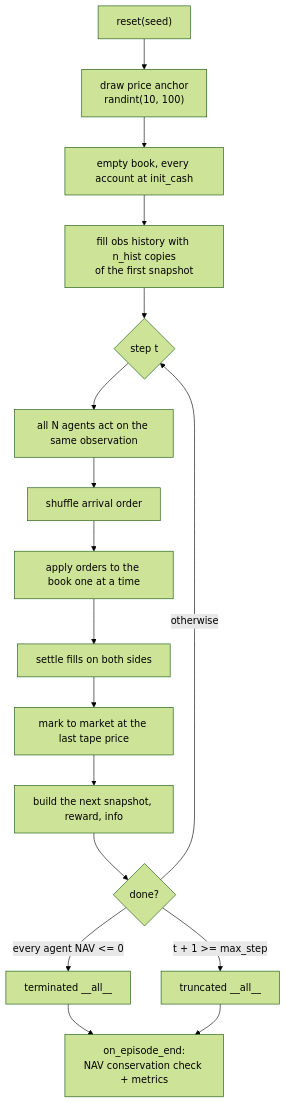
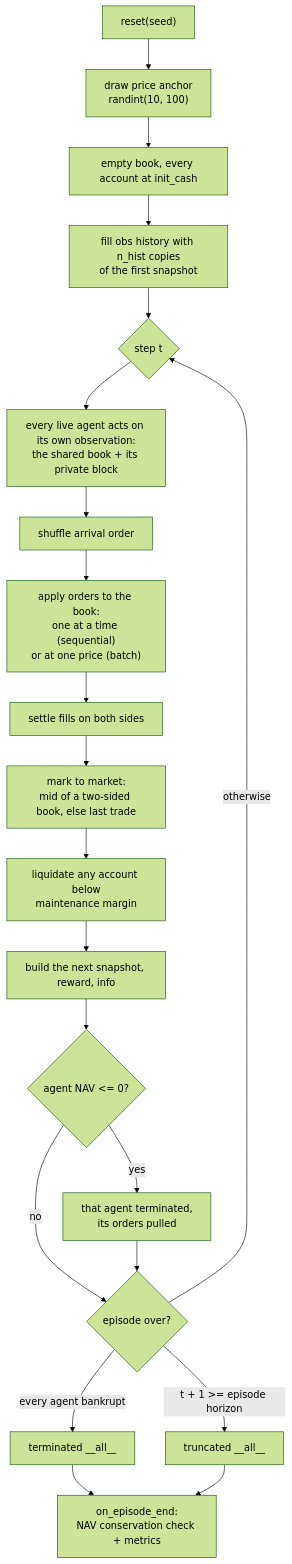
Before and after one commit to ChuaCheowHuan/gym-continuousDoubleAuction: the diagram in docs/01_overview.md, drawn with Mermaid (forest theme). The commit also changed other lines of this file and 12 other files, not shown here.

First line of the commit message:
Docs: correct stale diagrams and figures, add liquidation and checkpoint flows

````diff
--- a/docs/01_overview.md
+++ b/docs/01_overview.md
@@ -134,22 +134,26 @@
 ```mermaid
 flowchart TD
     R["reset(seed)"] --> A["draw price anchor<br/>randint(10, 100)"]
     A --> B["empty book, every account at init_cash"]
     B --> C["fill obs history with n_hist copies<br/>of the first snapshot"]
     C --> S
 
-    S{"step t"} --> S1["all N agents act on the same observation"]
+    S{"step t"} --> S1["every live agent acts on its own observation:<br/>the shared book + its private block"]
     S1 --> S2["shuffle arrival order"]
-    S2 --> S3["apply orders to the book one at a time"]
+    S2 --> S3["apply orders to the book:<br/>one at a time (sequential)<br/>or at one price (batch)"]
     S3 --> S4["settle fills on both sides"]
-    S4 --> S5["mark to market at the last tape price"]
-    S5 --> S6["build the next snapshot, reward, info"]
-    S6 --> D{"done?"}
+    S4 --> S5["mark to market:<br/>mid of a two-sided book, else last trade"]
+    S5 --> S5b["liquidate any account below<br/>maintenance margin"]
+    S5b --> S6["build the next snapshot, reward, info"]
+    S6 --> B1{"agent NAV <= 0?"}
+    B1 -->|"yes"| B2["that agent terminated,<br/>its orders pulled"]
+    B1 -->|"no"| D
+    B2 --> D{"episode over?"}
 
-    D -->|"every agent NAV <= 0"| T["terminated __all__"]
-    D -->|"t + 1 >= max_step"| U["truncated __all__"]
+    D -->|"every agent bankrupt"| T["terminated __all__"]
+    D -->|"t + 1 >= episode horizon"| U["truncated __all__"]
     D -->|"otherwise"| S
 
     T --> E["on_episode_end:<br/>NAV conservation check + metrics"]
     U --> E
 ```
````
